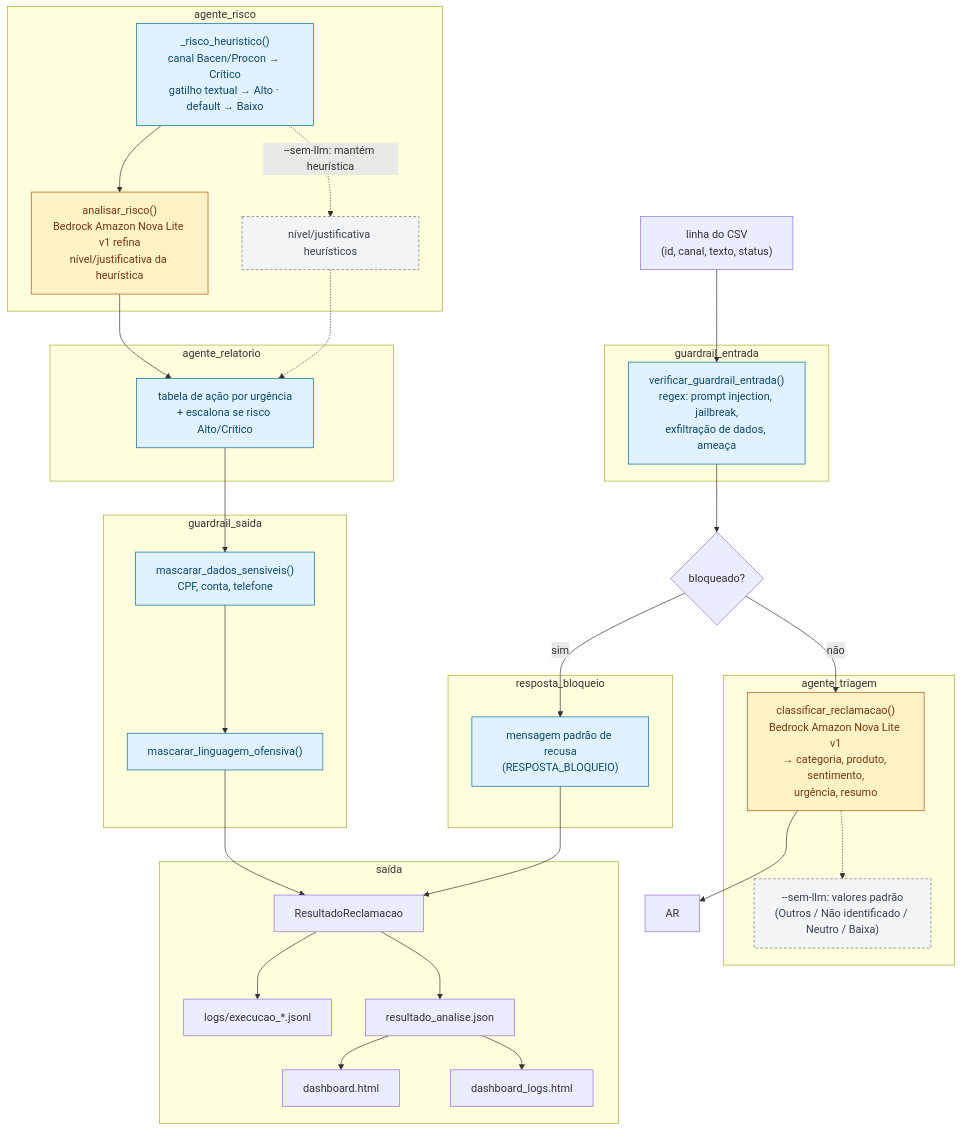
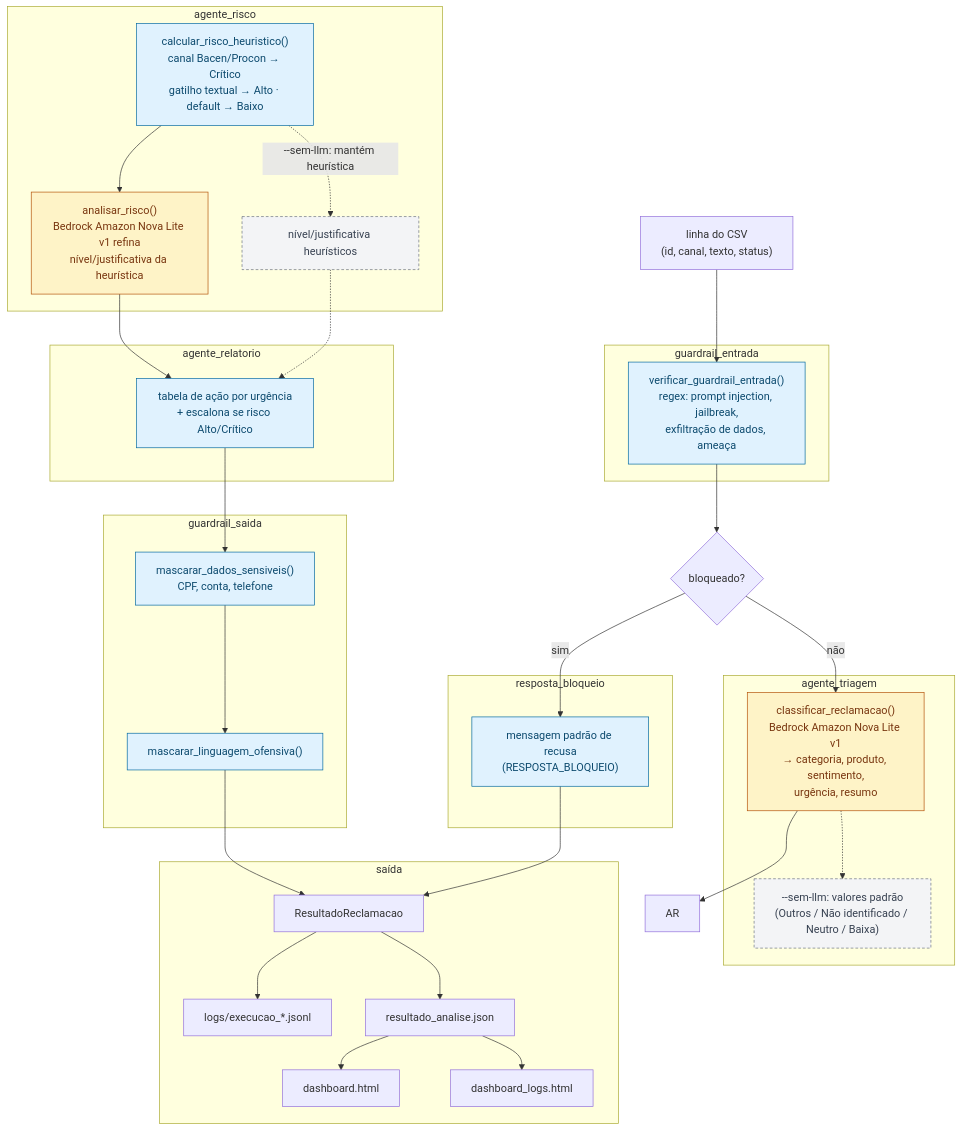
One commit to handersonbfzup/finguard-futuremind changed the first of 2 diagrams in docs/readme.md. Above: the diagram before and after it, drawn with Mermaid. The commit also changed other lines of this file and 11 other files, not shown here.

````diff
--- a/docs/readme.md
+++ b/docs/readme.md
@@ -19,64 +19,64 @@
 ```mermaid
 flowchart TD
     CSV["linha do CSV<br/>(id, canal, texto, status)"] --> GE
 
     subgraph GE_GROUP["guardrail_entrada"]
         GE["verificar_guardrail_entrada()<br/>regex: prompt injection, jailbreak,<br/>exfiltração de dados, ameaça"]
     end
 
     GE --> DEC{"bloqueado?"}
     DEC -- sim --> RB
     DEC -- não --> AT
 
     subgraph RB_GROUP["resposta_bloqueio"]
         RB["mensagem padrão de recusa<br/>(RESPOSTA_BLOQUEIO)"]
     end
 
     subgraph AT_GROUP["agente_triagem"]
         AT["classificar_reclamacao()<br/>Bedrock Amazon Nova Lite v1<br/>→ categoria, produto, sentimento,<br/>urgência, resumo"]
         AT_FB["--sem-llm: valores padrão<br/>(Outros / Não identificado / Neutro / Baixa)"]
         AT -.-> AT_FB
     end
 
     AT --> AR
 
     subgraph AR_GROUP["agente_risco"]
-        AR_H["_risco_heuristico()<br/>canal Bacen/Procon → Crítico<br/>gatilho textual → Alto · default → Baixo"]
+        AR_H["calcular_risco_heuristico()<br/>canal Bacen/Procon → Crítico<br/>gatilho textual → Alto · default → Baixo"]
         AR_LLM["analisar_risco()<br/>Bedrock Amazon Nova Lite v1 refina<br/>nível/justificativa da heurística"]
         AR_H --> AR_LLM
         AR_H -.->|--sem-llm: mantém heurística| AR_FB["nível/justificativa heurísticos"]
     end
 
     AR_LLM --> ARL
 
     subgraph ARL_GROUP["agente_relatorio"]
         ARL["tabela de ação por urgência<br/>+ escalona se risco Alto/Crítico"]
     end
 
     ARL --> GS
 
     subgraph GS_GROUP["guardrail_saida"]
         GS["mascarar_dados_sensiveis()<br/>CPF, conta, telefone"]
         GS2["mascarar_linguagem_ofensiva()"]
         GS --> GS2
     end
 
     GS2 --> FIM
     RB --> FIM
     AR_FB -.-> ARL
 
     subgraph FIM_GROUP["saída"]
         FIM["ResultadoReclamacao"] --> LOGS["logs/execucao_*.jsonl"]
         FIM --> JSON["resultado_analise.json"]
         JSON --> DASH1["dashboard.html"]
         JSON --> DASH2["dashboard_logs.html"]
     end
 
     class GE,RB,ARL,GS,GS2,AR_H codigo
     class AT,AR_LLM agenteIA
     class AT_FB,AR_FB fallback
 
     classDef codigo fill:#e0f2fe,stroke:#0369a1,color:#0c4a6e
     classDef agenteIA fill:#fef3c7,stroke:#b45309,color:#78350f
     classDef fallback fill:#f3f4f6,stroke:#6b7280,color:#374151,stroke-dasharray: 4 3
 ```
````
